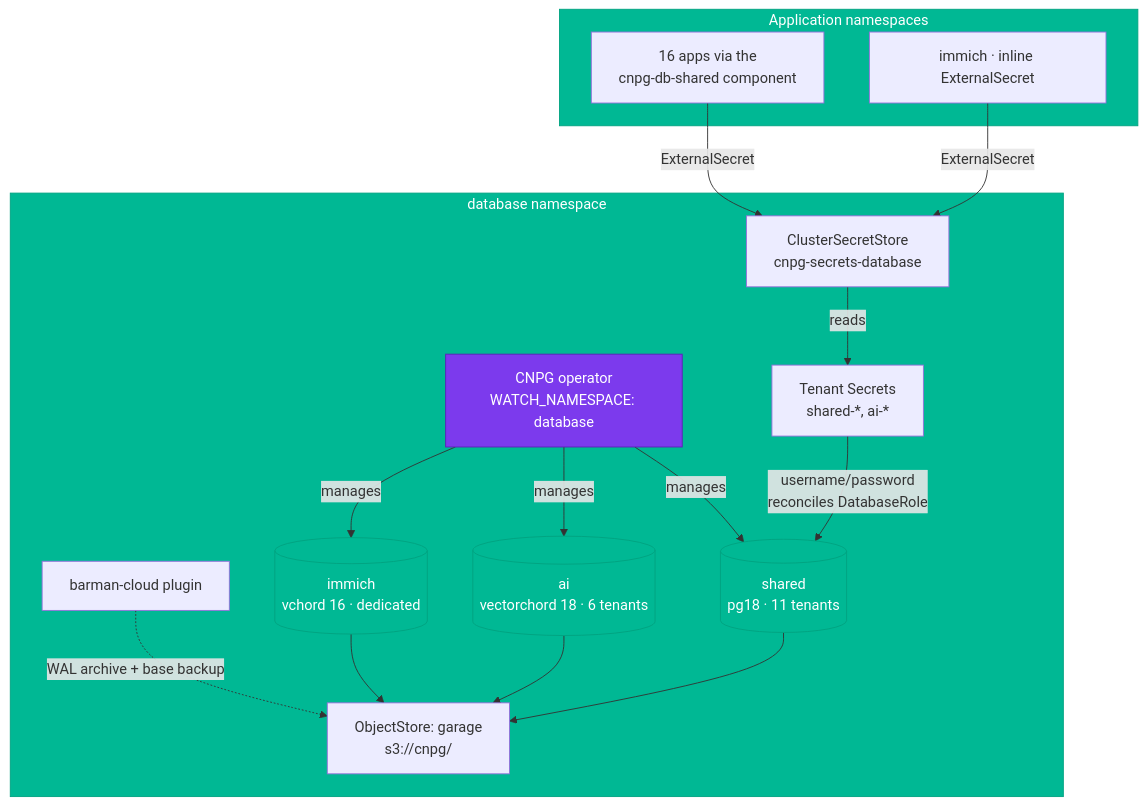
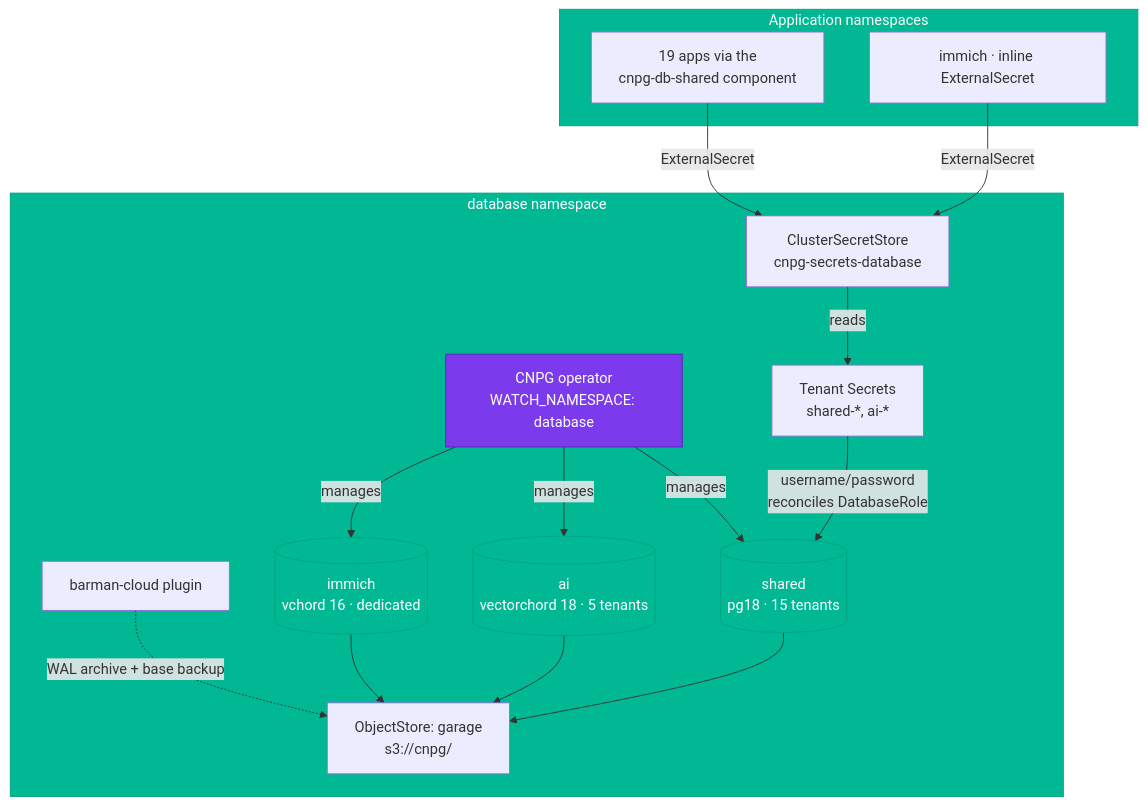
Before and after one commit to swibrow/home-ops: the diagram in docs/applications/databases/index.md, drawn with Mermaid. The commit also changed other lines of this file and 105 other files, not shown here.

````diff
--- a/docs/applications/databases/index.md
+++ b/docs/applications/databases/index.md
@@ -23,38 +25,38 @@
 ```mermaid
 flowchart TD
     subgraph DB["database namespace"]
         OP[CNPG operator<br/>WATCH_NAMESPACE: database]
         BARMAN[barman-cloud plugin]
         OS[ObjectStore: garage<br/>s3://cnpg/]
         CSS[ClusterSecretStore<br/>cnpg-secrets-database]
 
-        SHARED[("shared<br/>pg18 · 11 tenants")]
-        AI[("ai<br/>vectorchord 18 · 6 tenants")]
+        SHARED[("shared<br/>pg18 · 15 tenants")]
+        AI[("ai<br/>vectorchord 18 · 5 tenants")]
         IMMICH[("immich<br/>vchord 16 · dedicated")]
 
         TS[Tenant Secrets<br/>shared-*, ai-*]
     end
 
     subgraph Apps["Application namespaces"]
-        A1[16 apps via the<br/>cnpg-db-shared component]
+        A1[19 apps via the<br/>cnpg-db-shared component]
         A3[immich · inline ExternalSecret]
     end
 
     OP -->|manages| SHARED
     OP -->|manages| AI
     OP -->|manages| IMMICH
     SHARED --> OS
     AI --> OS
     IMMICH --> OS
     BARMAN -.->|WAL archive + base backup| OS
 
     TS -->|username/password<br/>reconciles DatabaseRole| SHARED
     CSS -->|reads| TS
     A1 -->|ExternalSecret| CSS
     A3 -->|ExternalSecret| CSS
 
     classDef operator fill:#7c3aed,stroke:#5b21b6,color:#fff
     classDef cluster fill:#00b894,stroke:#00a381,color:#fff
     class OP operator
     class SHARED,AI,IMMICH cluster
 ```
````
